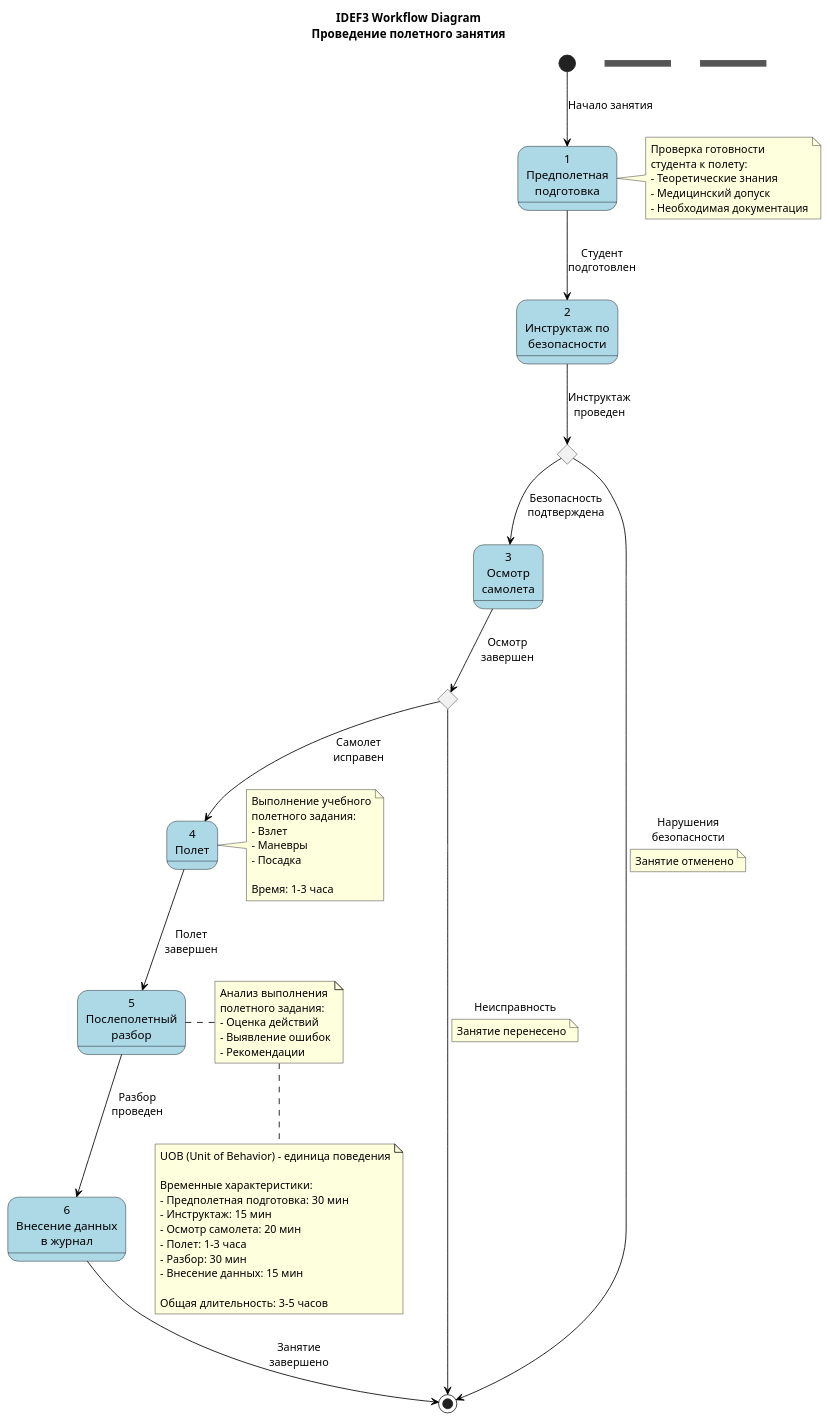
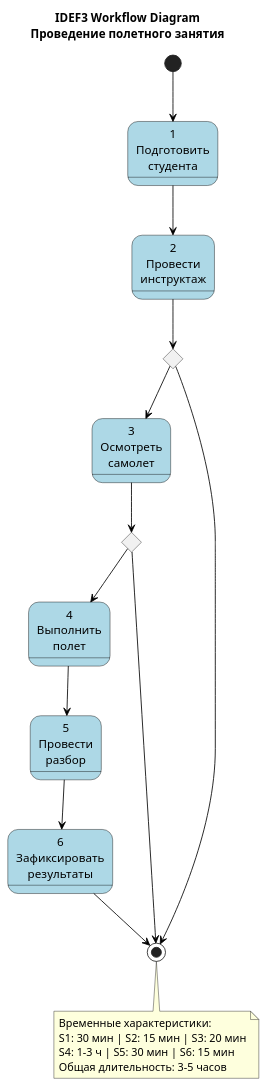
Before and after one commit to oINCLUDEo/Coursework2: the diagram in diagrams/idef3/flight_lesson_workflow.puml, drawn with PlantUML. The commit also changed 1 other file, not shown here.

Commit message:
Refactor IDEF3 diagrams: use verbs, remove arrow labels, make compact

```diff
--- a/diagrams/idef3/flight_lesson_workflow.puml
+++ b/diagrams/idef3/flight_lesson_workflow.puml
@@ -1,87 +1,48 @@
 @startuml IDEF3 Workflow - Проведение полетного занятия
 
-' IDEF3 диаграмма процесса проведения полетного занятия
 title IDEF3 Workflow Diagram\nПроведение полетного занятия
 
 skinparam state {
   BackgroundColor LightBlue
   BorderColor Black
   ArrowColor Black
 }
 
-state "1\nПредполетная\nподготовка" as S1
-state "2\nИнструктаж по\nбезопасности" as S2
-state "3\nОсмотр\nсамолета" as S3
-state "4\nПолет" as S4
-state "5\nПослеполетный\nразбор" as S5
-state "6\nВнесение данных\nв журнал" as S6
+state "1\nПодготовить\nстудента" as S1
+state "2\nПровести\nинструктаж" as S2
+state "3\nОсмотреть\nсамолет" as S3
+state "4\nВыполнить\nполет" as S4
+state "5\nПровести\nразбор" as S5
+state "6\nЗафиксировать\nрезультаты" as S6
 
 state decision1 <<choice>>
 state decision2 <<choice>>
-state sync1 <<fork>>
-state sync2 <<join>>
 
-[*] --> S1 : Начало занятия
+[*] --> S1
 
-S1 --> S2 : Студент\nподготовлен
-note right of S1
-  Проверка готовности
-  студента к полету:
-  - Теоретические знания
-  - Медицинский допуск
-  - Необходимая документация
-end note
+S1 --> S2
 
-S2 --> decision1 : Инструктаж\nпроведен
+S2 --> decision1
 
-decision1 --> S3 : Безопасность\nподтверждена
-decision1 --> [*] : Нарушения\nбезопасности
-note on link
-  Занятие отменено
-end note
+decision1 --> S3
+decision1 --> [*]
 
-S3 --> decision2 : Осмотр\nзавершен
+S3 --> decision2
 
-decision2 --> S4 : Самолет\nисправен
-decision2 --> [*] : Неисправность
-note on link
-  Занятие перенесено
-end note
+decision2 --> S4
+decision2 --> [*]
 
-S4 --> S5 : Полет\nзавершен
-note right of S4
-  Выполнение учебного
-  полетного задания:
-  - Взлет
-  - Маневры
-  - Посадка
-  
-  Время: 1-3 часа
-end note
+S4 --> S5
 
-S5 --> S6 : Разбор\nпроведен
-note right of S5
-  Анализ выполнения
-  полетного задания:
-  - Оценка действий
-  - Выявление ошибок
-  - Рекомендации
-end note
+S5 --> S6
 
-S6 --> [*] : Занятие\nзавершено
+S6 --> [*]
 
 note bottom
-  UOB (Unit of Behavior) - единица поведения
-  
   Временные характеристики:
-  - Предполетная подготовка: 30 мин
-  - Инструктаж: 15 мин
-  - Осмотр самолета: 20 мин
-  - Полет: 1-3 часа
-  - Разбор: 30 мин
-  - Внесение данных: 15 мин
-  
+  S1: 30 мин | S2: 15 мин | S3: 20 мин
+  S4: 1-3 ч | S5: 30 мин | S6: 15 мин
   Общая длительность: 3-5 часов
 end note
 
 @enduml
```
